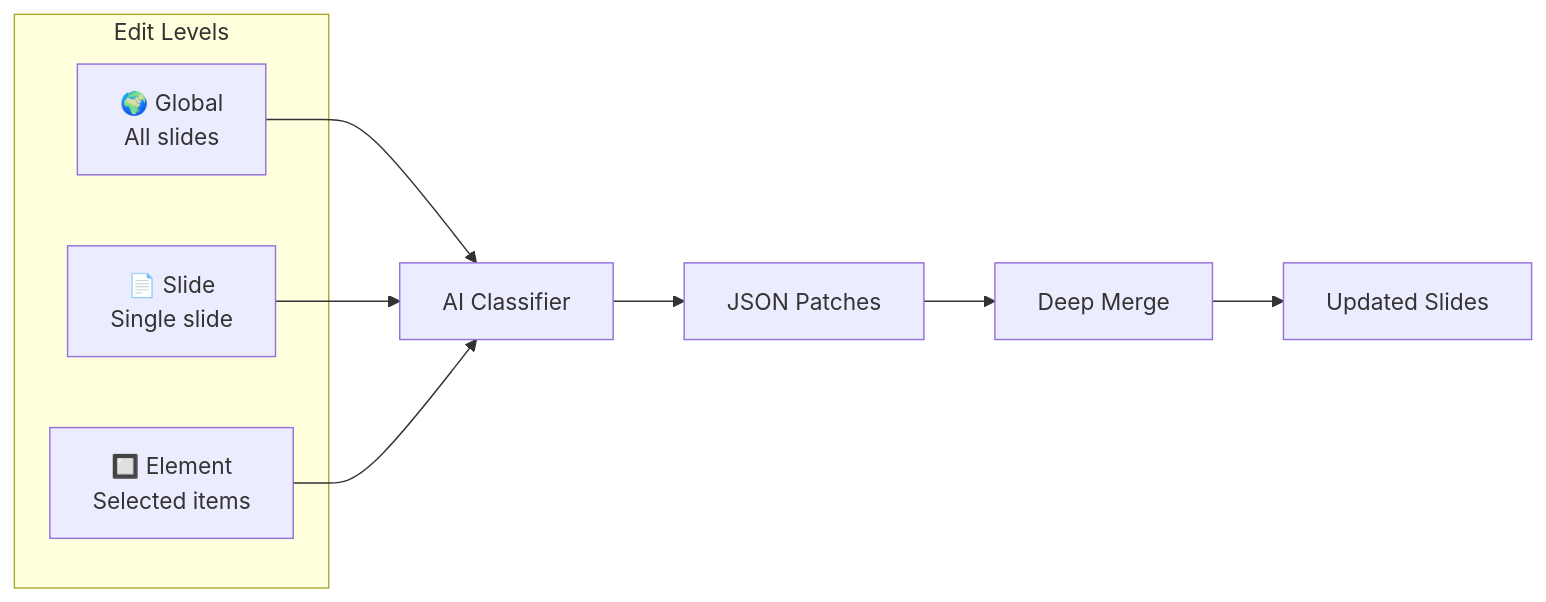
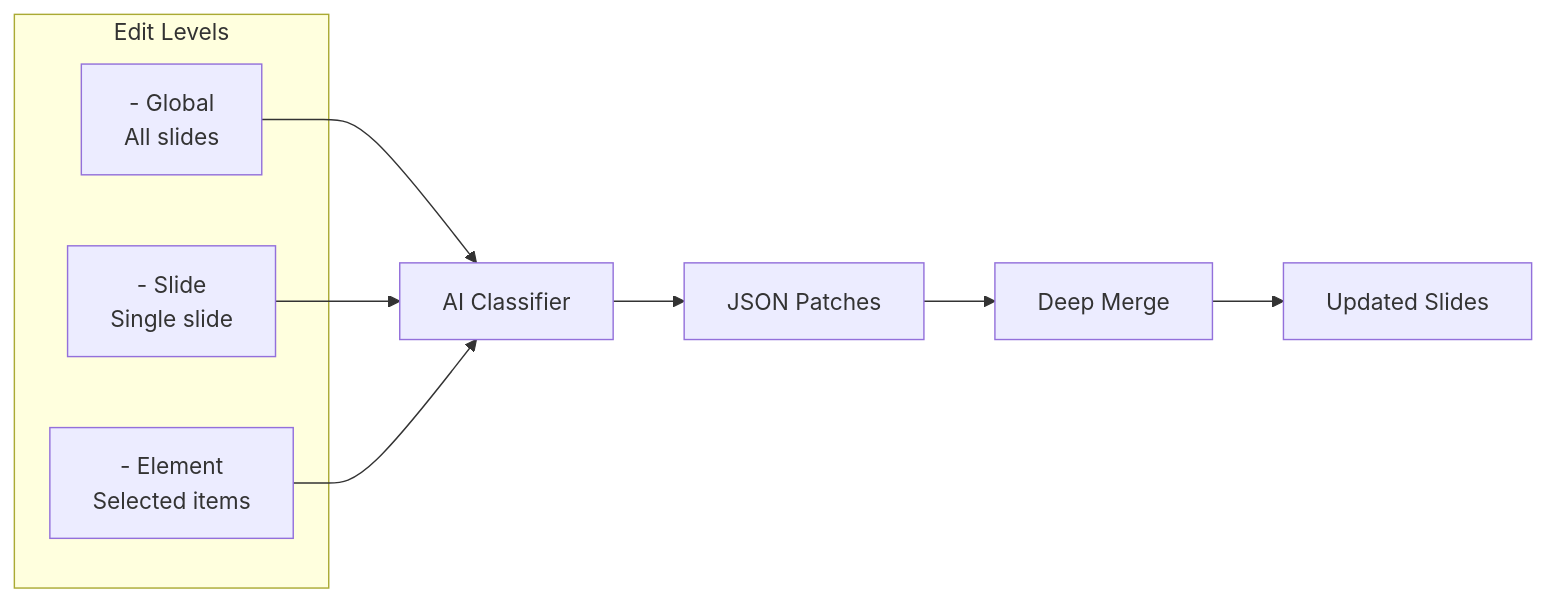
The first of 4 diagrams in README.md (HoomanBuilds/OpenScenes), drawn with Mermaid before and after one commit. The commit also changed other lines of this file, not shown here.

````diff
--- a/README.md
+++ b/README.md
@@ -47,16 +47,16 @@
 ```mermaid
 flowchart LR
     subgraph "Edit Levels"
-        L1["🌍 Global<br/>All slides"]
-        L2["📄 Slide<br/>Single slide"]
-        L3["🔲 Element<br/>Selected items"]
+        L1["- Global<br/>All slides"]
+        L2["- Slide<br/>Single slide"]
+        L3["- Element<br/>Selected items"]
     end
     
     L1 --> Classifier
     L2 --> Classifier
     L3 --> Classifier
     
     Classifier[AI Classifier] --> Patches[JSON Patches]
     Patches --> Apply[Deep Merge]
     Apply --> Result[Updated Slides]
 ```
````
